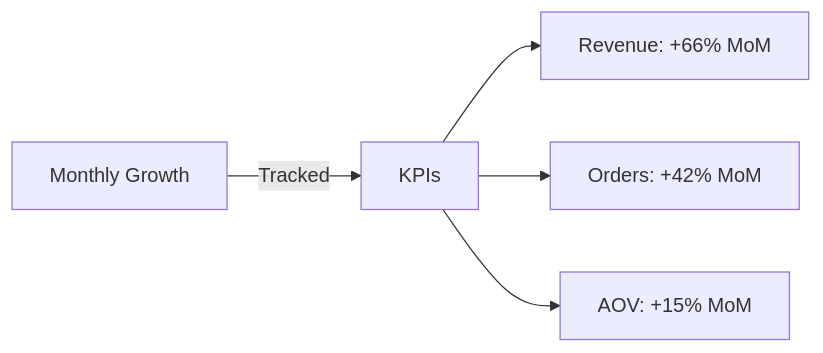
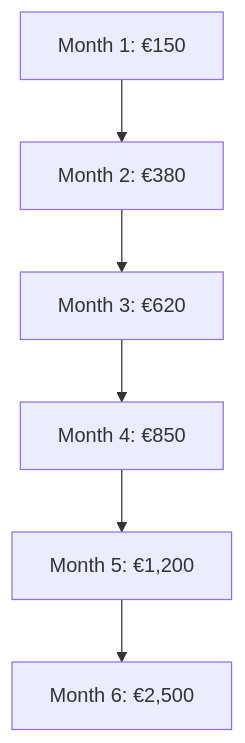
The sixth of 14 diagrams in content/projects/shopify/Index.md (pavankakarrot/my-portfolio-website), drawn with Mermaid before and after one commit. The commit also changed other lines of this file, not shown here.

````diff
--- a/content/projects/shopify/Index.md
+++ b/content/projects/shopify/Index.md
@@ -283,7 +280,8 @@
 ```mermaid
-graph LR
-    A[Monthly Growth] -->|Tracked| B[KPIs]
-    B --> C[Revenue: +66% MoM]
-    B --> D[Orders: +42% MoM]
-    B --> E[AOV: +15% MoM]
+graph TD
+    A[Month 1: €150] --> B[Month 2: €380]
+    B --> C[Month 3: €620]
+    C --> D[Month 4: €850]
+    D --> E[Month 5: €1,200]
+    E --> F[Month 6: €2,500]
 ```
````
